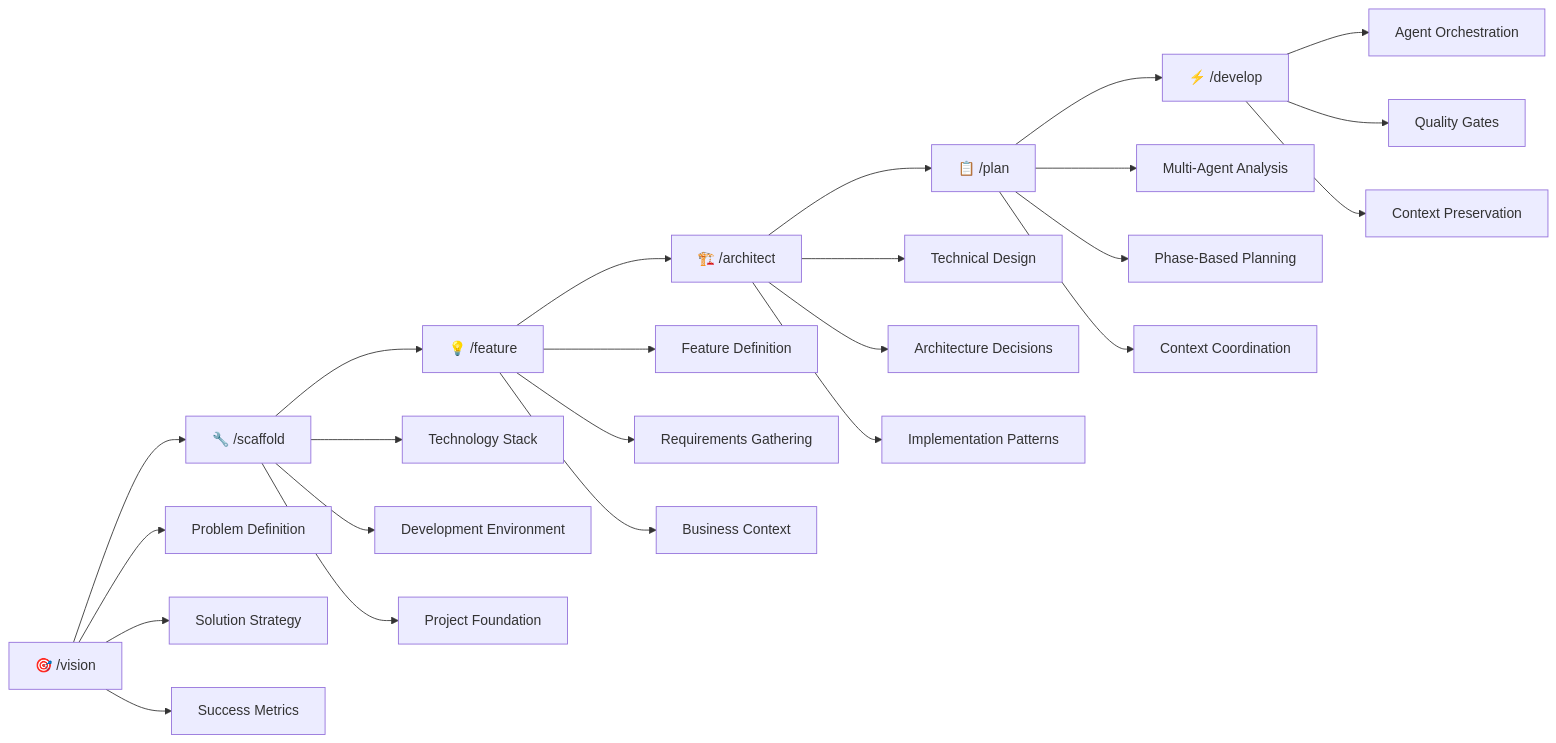
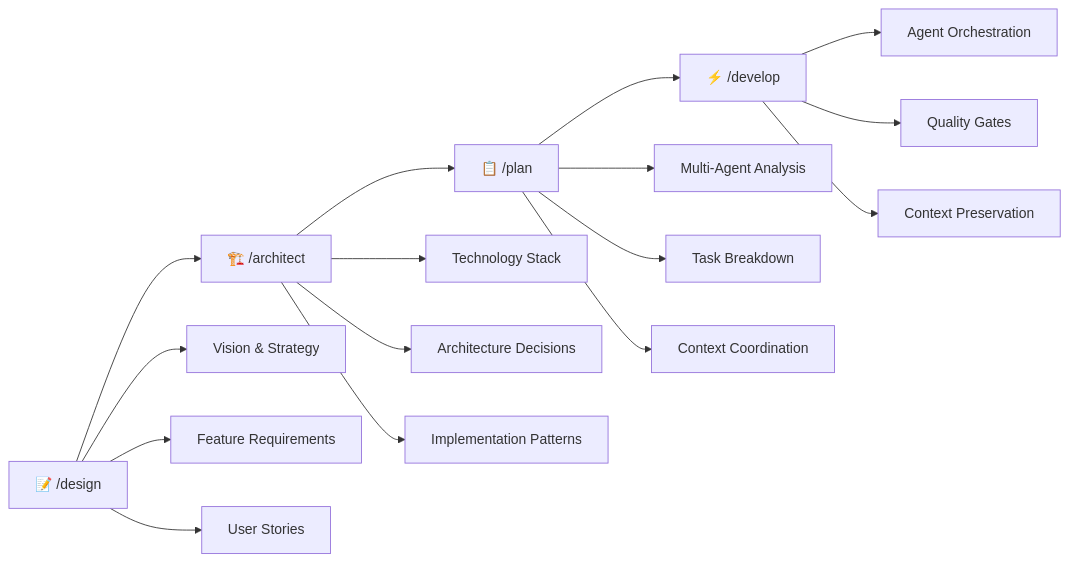
One commit to TaylorHuston/ai-coding-template changed the diagram in README.md. Above: the diagram before and after it, drawn with Mermaid. The commit also changed other lines of this file and 46 other files, not shown here.

````diff
--- a/README.md
+++ b/README.md
@@ -54,28 +54,20 @@
 ```mermaid
 graph LR
-    V[🎯 /vision] --> S[🔧 /scaffold] --> A[💡 /feature] --> B[🏗️ /architect] --> C[📋 /plan] --> D[⚡ /develop]
+    D[📝 /design] --> A[🏗️ /architect] --> P[📋 /plan] --> V[⚡ /develop]
 
-    V --> V1[Problem Definition]
-    V --> V2[Solution Strategy]
-    V --> V3[Success Metrics]
+    D --> D1[Vision & Strategy]
+    D --> D2[Feature Requirements]
+    D --> D3[User Stories]
 
-    S --> S1[Technology Stack]
-    S --> S2[Development Environment]
-    S --> S3[Project Foundation]
+    A --> A1[Technology Stack]
+    A --> A2[Architecture Decisions]
+    A --> A3[Implementation Patterns]
 
-    A --> A1[Feature Definition]
-    A --> A2[Requirements Gathering]
-    A --> A3[Business Context]
+    P --> P1[Multi-Agent Analysis]
+    P --> P2[Task Breakdown]
+    P --> P3[Context Coordination]
 
-    B --> B1[Technical Design]
-    B --> B2[Architecture Decisions]
-    B --> B3[Implementation Patterns]
-
-    C --> C1[Multi-Agent Analysis]
-    C --> C2[Phase-Based Planning]
-    C --> C3[Context Coordination]
-
-    D --> D1[Agent Orchestration]
-    D --> D2[Quality Gates]
-    D --> D3[Context Preservation]
+    V --> V1[Agent Orchestration]
+    V --> V2[Quality Gates]
+    V --> V3[Context Preservation]
 ```
````
